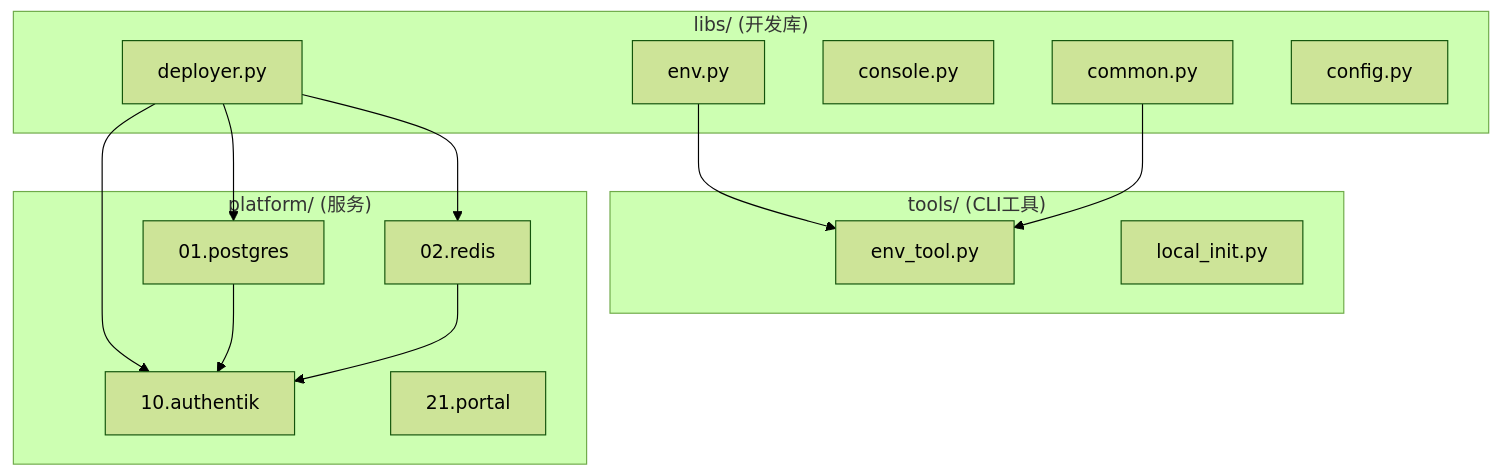
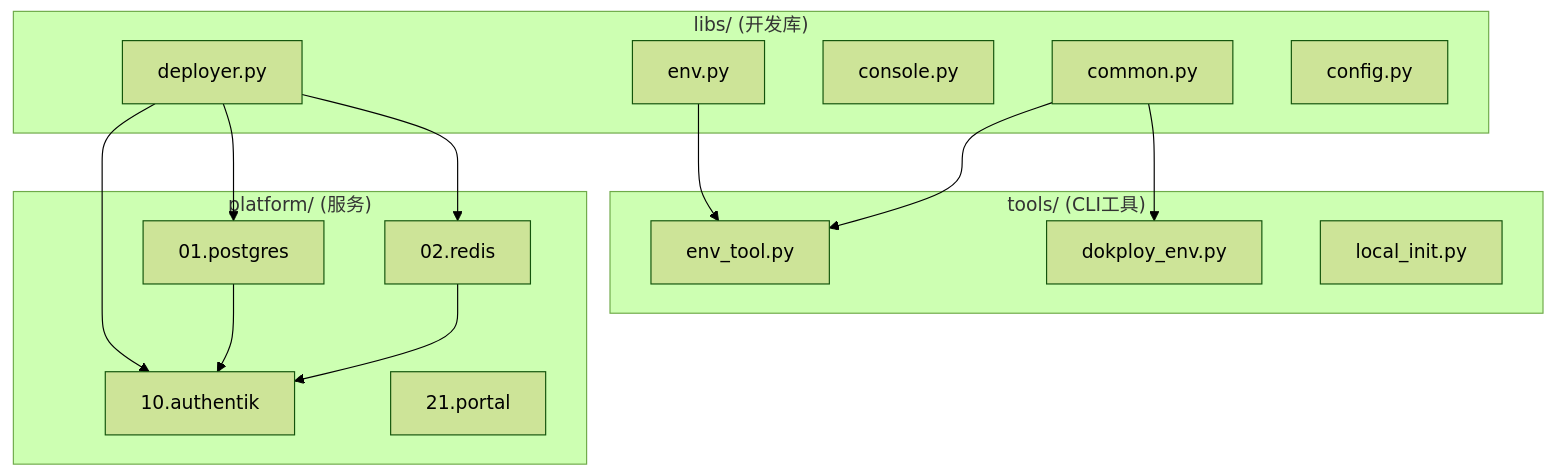
Before and after one commit to wangzitian0/infra2: the diagram in docs/ssot/platform.automation.md, drawn with Mermaid (forest theme). The commit also changed other lines of this file and 6 other files, not shown here.

Commit message:
infra-008: add dokploy env helper tasks

````diff
--- a/docs/ssot/platform.automation.md
+++ b/docs/ssot/platform.automation.md
@@ -30,30 +30,32 @@
 ```mermaid
 flowchart TB
     subgraph Libs["libs/ (开发库)"]
         Env[env.py]
         Common[common.py]
         Console[console.py]
         Deployer[deployer.py]
         Config[config.py]
     end
     
     subgraph Tools["tools/ (CLI工具)"]
         EnvTool[env_tool.py]
+        DokployEnv[dokploy_env.py]
         LocalInit[local_init.py]
     end
     
     subgraph Platform["platform/ (服务)"]
         PG[01.postgres]
         RD[02.redis]
         AUTH[10.authentik]
         PORTAL[21.portal]
     end
     
     Deployer --> PG
     Deployer --> RD
     Deployer --> AUTH
     Env --> EnvTool
     Common --> EnvTool
+    Common --> DokployEnv
     PG --> AUTH
     RD --> AUTH
 ```
````
